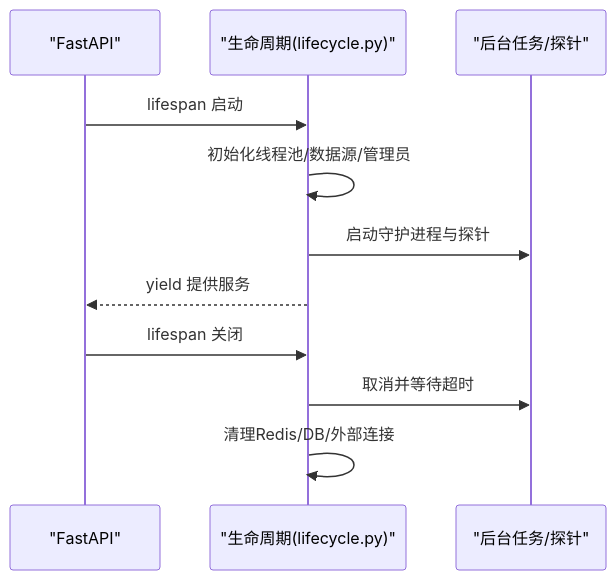
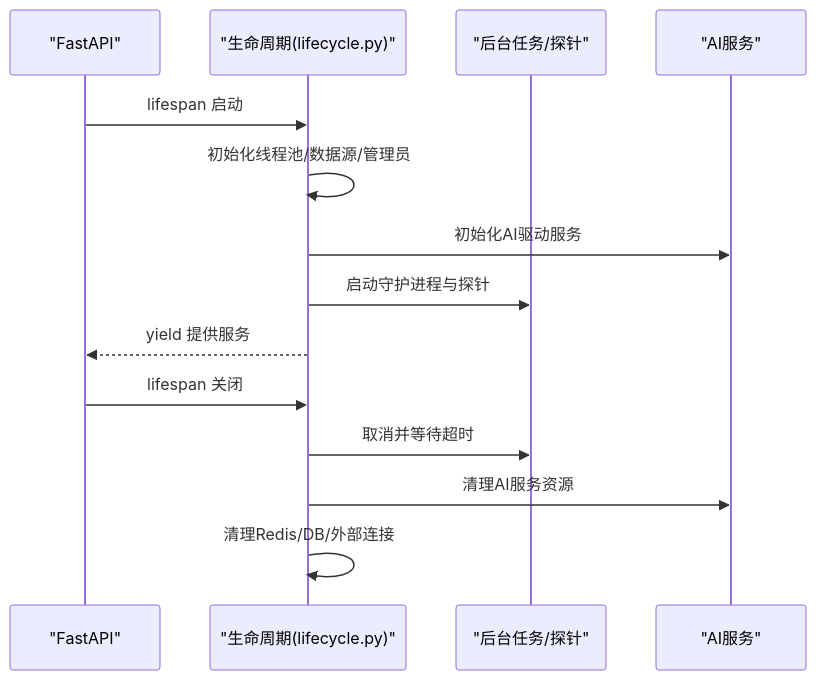
The fourth of 9 diagrams in .qoder/repowiki/zh/content/后端开发指南/后端开发指南.md (songlinhe5-lab/quant_agent), drawn with Mermaid before and after one commit. The commit also changed other lines of this file and 294 other files, not shown here.

````diff
--- a/.qoder/repowiki/zh/content/后端开发指南/后端开发指南.md
+++ b/.qoder/repowiki/zh/content/后端开发指南/后端开发指南.md
@@ -140,13 +190,16 @@
 ```mermaid
 sequenceDiagram
 participant App as "FastAPI"
 participant Life as "生命周期(lifecycle.py)"
 participant Tasks as "后台任务/探针"
+participant AIServices as "AI服务"
 App->>Life : lifespan 启动
 Life->>Life : 初始化线程池/数据源/管理员
+Life->>AIServices : 初始化AI驱动服务
 Life->>Tasks : 启动守护进程与探针
 Life-->>App : yield 提供服务
 App->>Life : lifespan 关闭
 Life->>Tasks : 取消并等待超时
+Life->>AIServices : 清理AI服务资源
 Life->>Life : 清理Redis/DB/外部连接
 ```
````
